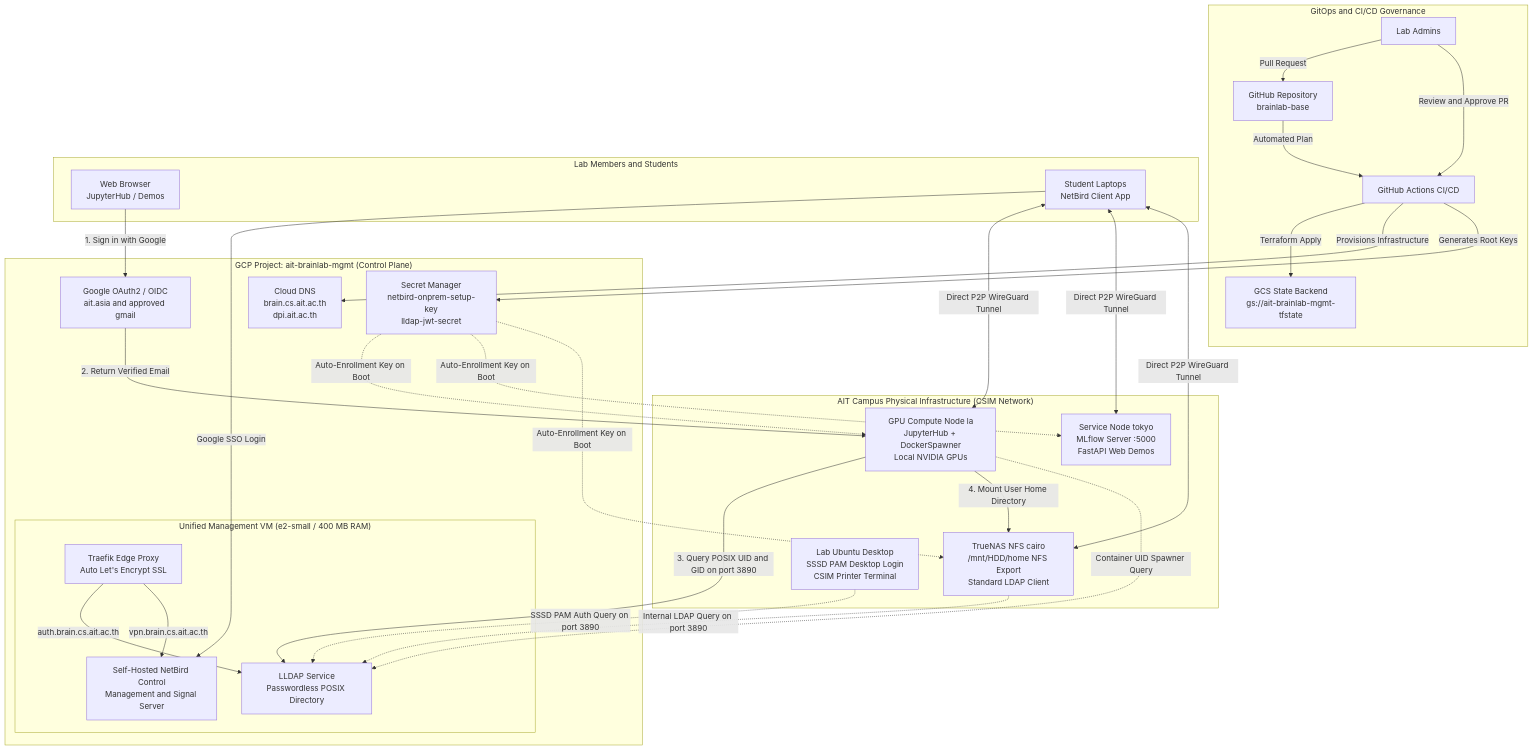
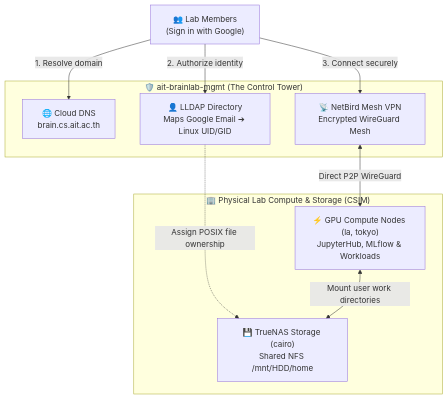
Before and after one commit to AIT-brainlab/brainlab-base: the diagram in mgmt/README.md, drawn with Mermaid. The commit also changed other lines of this file, not shown here.

````diff
--- a/mgmt/README.md
+++ b/mgmt/README.md
@@ -26,59 +16,23 @@
 ```mermaid
-flowchart TB
-    subgraph GITOPS ["GitOps and CI/CD Governance"]
-        Admin["Lab Admins"] -->|Pull Request| Repo["GitHub Repository<br/>brainlab-base"]
-        Repo -->|Automated Plan| GHA["GitHub Actions CI/CD"]
-        Admin -->|Review and Approve PR| GHA
-        GHA -->|Terraform Apply| GCS["GCS State Backend<br/>gs://ait-brainlab-mgmt-tfstate"]
+flowchart TD
+    User["👥 Lab Members<br/>(Sign in with Google)"]
+
+    subgraph MGMT ["🛡️ ait-brainlab-mgmt (The Control Tower)"]
+        DNS["🌐 Cloud DNS<br/>brain.cs.ait.ac.th"]
+        LLDAP["👤 LLDAP Directory<br/>Maps Google Email ➔ Linux UID/GID"]
+        VPN["📡 NetBird Mesh VPN<br/>Encrypted WireGuard Mesh"]
     end
 
-    subgraph GCP_MGMT ["GCP Project: ait-brainlab-mgmt (Control Plane)"]
-        GHA -->|Provisions Infrastructure| CloudDNS["Cloud DNS<br/>brain.cs.ait.ac.th<br/>dpi.ait.ac.th"]
-        GHA -->|Generates Root Keys| Secrets["Secret Manager<br/>netbird-onprem-setup-key<br/>lldap-jwt-secret"]
-        
-        GoogleAuth["Google OAuth2 / OIDC<br/>ait.asia and approved gmail"]
-
-        subgraph MGMT_VM ["Unified Management VM (e2-small / 400 MB RAM)"]
-            Traefik["Traefik Edge Proxy<br/>Auto Let's Encrypt SSL"]
-            LLDAP["LLDAP Service<br/>Passwordless POSIX Directory"]
-            NetBirdCtrl["Self-Hosted NetBird Control<br/>Management and Signal Server"]
-            
-            Traefik -->|auth.brain.cs.ait.ac.th| LLDAP
-            Traefik -->|vpn.brain.cs.ait.ac.th| NetBirdCtrl
-        end
+    subgraph LAB ["🏢 Physical Lab Compute & Storage (CSIM)"]
+        Compute["⚡ GPU Compute Nodes (la, tokyo)<br/>JupyterHub, MLflow & Workloads"]
+        Storage["💾 TrueNAS Storage (cairo)<br/>Shared NFS /mnt/HDD/home"]
     end
 
-    subgraph ONPREM ["AIT Campus Physical Infrastructure (CSIM Network)"]
-        Cairo["TrueNAS NFS cairo<br/>/mnt/HDD/home NFS Export<br/>Standard LDAP Client"]
-        LA["GPU Compute Node la<br/>JupyterHub + DockerSpawner<br/>Local NVIDIA GPUs"]
-        Tokyo["Service Node tokyo<br/>MLflow Server :5000<br/>FastAPI Web Demos"]
-        Desktop["Lab Ubuntu Desktop<br/>SSSD PAM Desktop Login<br/>CSIM Printer Terminal"]
-    end
-
-    subgraph CLIENTS ["Lab Members and Students"]
-        StudentWeb["Web Browser<br/>JupyterHub / Demos"]
-        StudentLaptop["Student Laptops<br/>NetBird Client App"]
-    end
-
-    %% Web Access Flow
-    StudentWeb -->|1. Sign in with Google| GoogleAuth
-    GoogleAuth -->|2. Return Verified Email| LA
-    LA -->|3. Query POSIX UID and GID on port 3890| LLDAP
-    LA -->|4. Mount User Home Directory| Cairo
-
-    %% VPN Mesh Flow
-    StudentLaptop -->|Google SSO Login| NetBirdCtrl
-    StudentLaptop <-->|Direct P2P WireGuard Tunnel| LA
-    StudentLaptop <-->|Direct P2P WireGuard Tunnel| Tokyo
-    StudentLaptop <-->|Direct P2P WireGuard Tunnel| Cairo
-
-    %% Internal LDAP Queries over Encrypted Tunnel
-    Cairo -.->|Internal LDAP Query on port 3890| LLDAP
-    Desktop -.->|SSSD PAM Auth Query on port 3890| LLDAP
-    LA -.->|Container UID Spawner Query| LLDAP
-
-    %% Headless Server Key Provisioning
-    Secrets -.->|Auto-Enrollment Key on Boot| LA
-    Secrets -.->|Auto-Enrollment Key on Boot| Tokyo
-    Secrets -.->|Auto-Enrollment Key on Boot| Cairo
+    User -->|1. Resolve domain| DNS
+    User -->|2. Authorize identity| LLDAP
+    User -->|3. Connect securely| VPN
+    
+    VPN <-->|Direct P2P WireGuard| Compute
+    LLDAP -.->|Assign POSIX file ownership| Storage
+    Compute <-->|Mount user work directories| Storage
 ```
````
